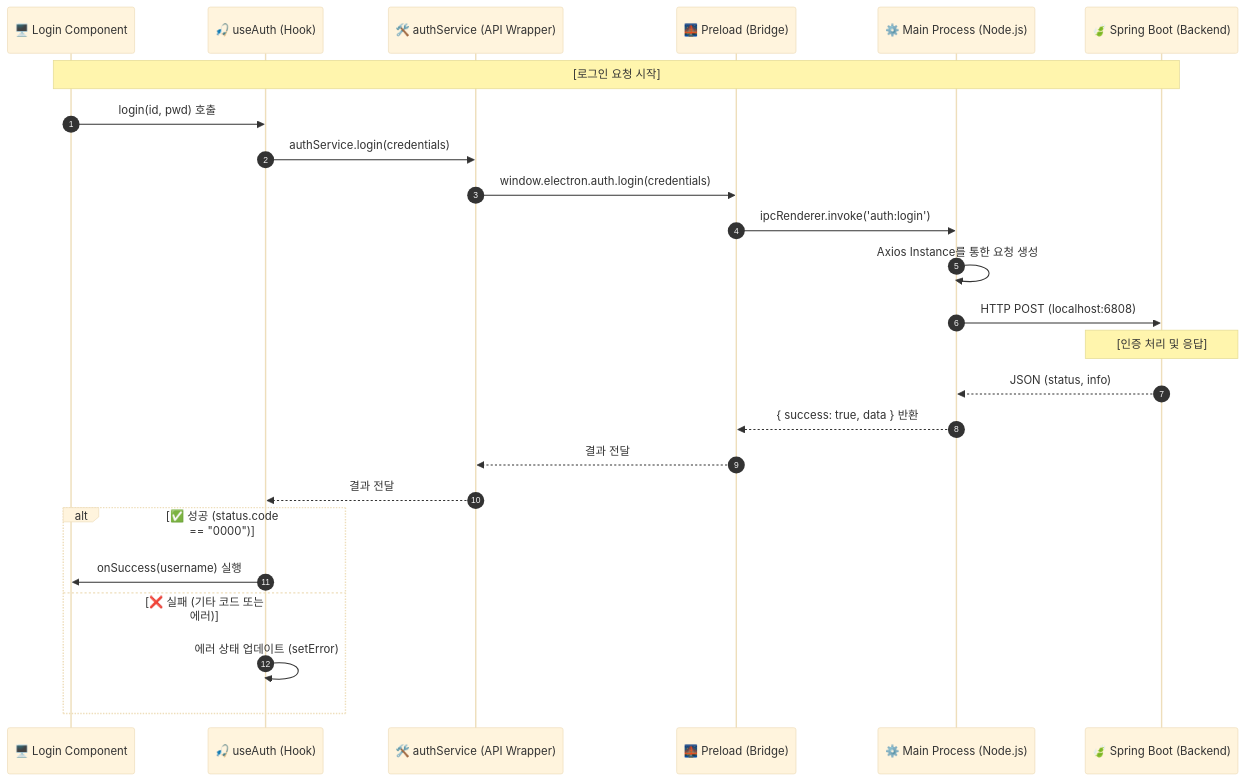
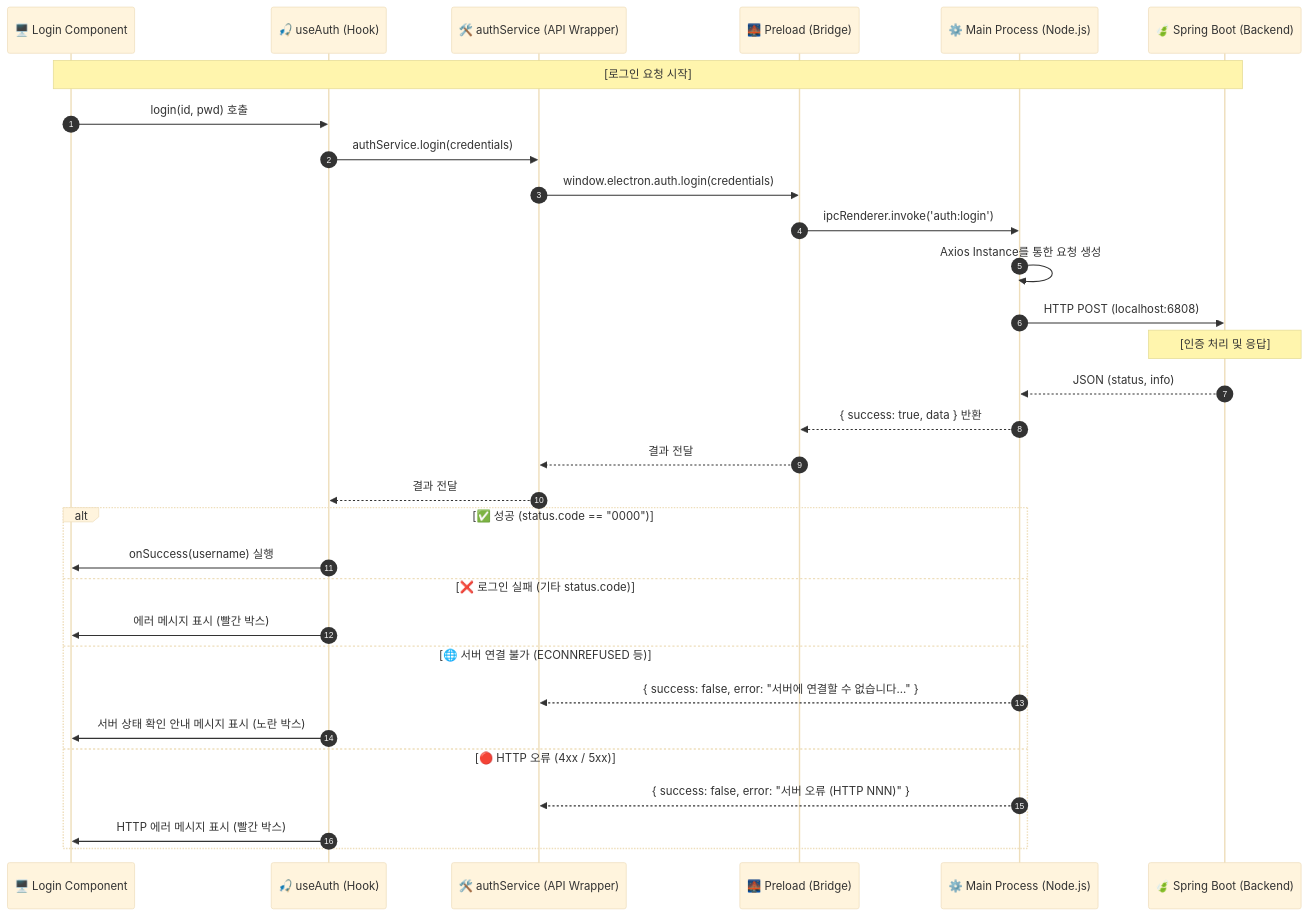
Before and after one commit to blueclover22/study_electron: the second of 2 diagrams in README.md, drawn with Mermaid (base theme). The commit also changed other lines of this file and 5 other files, not shown here.

````diff
--- a/README.md
+++ b/README.md
@@ -140,32 +140,38 @@
 ```mermaid
 sequenceDiagram
     autonumber
     participant UI as 🖥️ Login Component
     participant Hook as 🎣 useAuth (Hook)
     participant SVC as 🛠️ authService (API Wrapper)
     participant Bridge as 🌉 Preload (Bridge)
     participant Main as ⚙️ Main Process (Node.js)
     participant API as 🍃 Spring Boot (Backend)
 
     Note over UI, API: [로그인 요청 시작]
     UI ->> Hook: login(id, pwd) 호출
     Hook ->> SVC: authService.login(credentials)
     
     SVC ->> Bridge: window.electron.auth.login(credentials)
     Bridge ->> Main: ipcRenderer.invoke('auth:login')
     
     Main ->> Main: Axios Instance를 통한 요청 생성
     Main ->> API: HTTP POST (localhost:6808)
 
     Note over API: [인증 처리 및 응답]
     API -->> Main: JSON (status, info)
     Main -->> Bridge: { success: true, data } 반환
     Bridge -->> SVC: 결과 전달
     SVC -->> Hook: 결과 전달
 
     alt ✅ 성공 (status.code == "0000")
         Hook ->> UI: onSuccess(username) 실행
-    else ❌ 실패 (기타 코드 또는 에러)
-        Hook ->> Hook: 에러 상태 업데이트 (setError)
+    else ❌ 로그인 실패 (기타 status.code)
+        Hook ->> UI: 에러 메시지 표시 (빨간 박스)
+    else 🌐 서버 연결 불가 (ECONNREFUSED 등)
+        Main -->> SVC: { success: false, error: "서버에 연결할 수 없습니다..." }
+        Hook ->> UI: 서버 상태 확인 안내 메시지 표시 (노란 박스)
+    else 🔴 HTTP 오류 (4xx / 5xx)
+        Main -->> SVC: { success: false, error: "서버 오류 (HTTP NNN)" }
+        Hook ->> UI: HTTP 에러 메시지 표시 (빨간 박스)
     end
 ```
````
